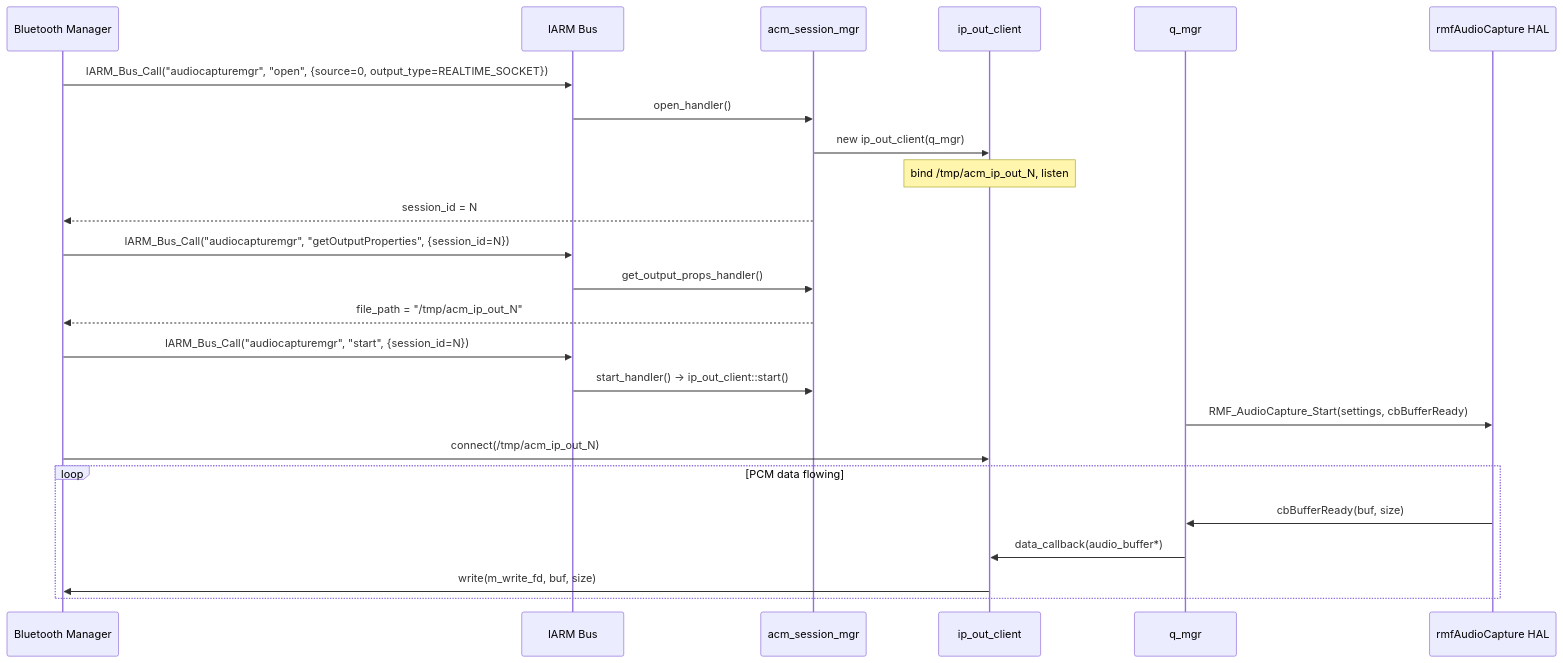
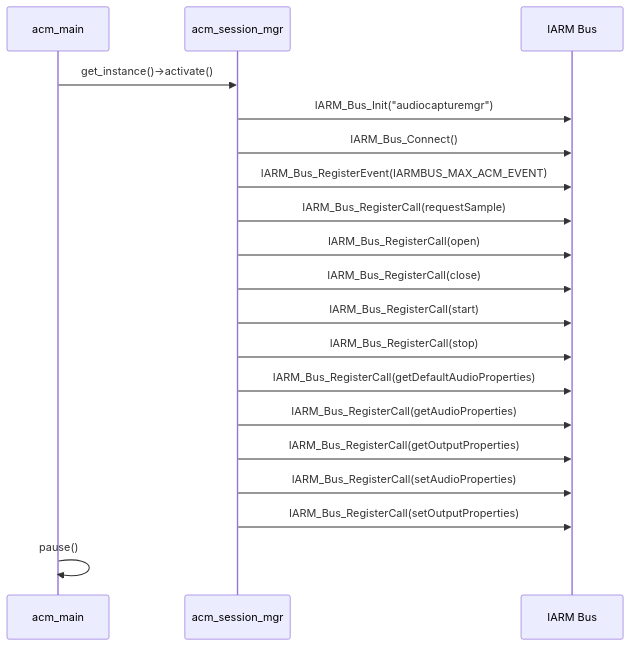
One commit to rns21/RDK_Documentation changed the fourth of 7 diagrams in docs/docu/RDKV-Documentations/audiocapturemgr.md. Above: the diagram before and after it, drawn with Mermaid. The commit also changed other lines of this file, not shown here.

````diff
--- a/docs/docu/RDKV-Documentations/audiocapturemgr.md
+++ b/docs/docu/RDKV-Documentations/audiocapturemgr.md
@@ -618,31 +186,22 @@
 ```mermaid
 sequenceDiagram
-    participant App as Bluetooth Manager
+    participant Main as acm_main
+    participant Mgr as acm_session_mgr
     participant IARM as IARM Bus
-    participant SM as acm_session_mgr
-    participant IPO as ip_out_client
-    participant QM as q_mgr
-    participant RMF as rmfAudioCapture HAL
 
-    App->>IARM: IARM_Bus_Call("audiocapturemgr", "open", {source=0, output_type=REALTIME_SOCKET})
-    IARM->>SM: open_handler()
-    SM->>IPO: new ip_out_client(q_mgr)
-    Note over IPO: bind /tmp/acm_ip_out_N, listen
-    SM-->>App: session_id = N
-
-    App->>IARM: IARM_Bus_Call("audiocapturemgr", "getOutputProperties", {session_id=N})
-    IARM->>SM: get_output_props_handler()
-    SM-->>App: file_path = "/tmp/acm_ip_out_N"
-
-    App->>IARM: IARM_Bus_Call("audiocapturemgr", "start", {session_id=N})
-    IARM->>SM: start_handler() → ip_out_client::start()
-    QM->>RMF: RMF_AudioCapture_Start(settings, cbBufferReady)
-
-    App->>IPO: connect(/tmp/acm_ip_out_N)
-
-    loop PCM data flowing
-        RMF->>QM: cbBufferReady(buf, size)
-        QM->>IPO: data_callback(audio_buffer*)
-        IPO->>App: write(m_write_fd, buf, size)
-    end
+    Main->>Mgr: get_instance()->activate()
+    Mgr->>IARM: IARM_Bus_Init("audiocapturemgr")
+    Mgr->>IARM: IARM_Bus_Connect()
+    Mgr->>IARM: IARM_Bus_RegisterEvent(IARMBUS_MAX_ACM_EVENT)
+    Mgr->>IARM: IARM_Bus_RegisterCall(requestSample)
+    Mgr->>IARM: IARM_Bus_RegisterCall(open)
+    Mgr->>IARM: IARM_Bus_RegisterCall(close)
+    Mgr->>IARM: IARM_Bus_RegisterCall(start)
+    Mgr->>IARM: IARM_Bus_RegisterCall(stop)
+    Mgr->>IARM: IARM_Bus_RegisterCall(getDefaultAudioProperties)
+    Mgr->>IARM: IARM_Bus_RegisterCall(getAudioProperties)
+    Mgr->>IARM: IARM_Bus_RegisterCall(getOutputProperties)
+    Mgr->>IARM: IARM_Bus_RegisterCall(setAudioProperties)
+    Mgr->>IARM: IARM_Bus_RegisterCall(setOutputProperties)
+    Main->>Main: pause()
 ```
````
